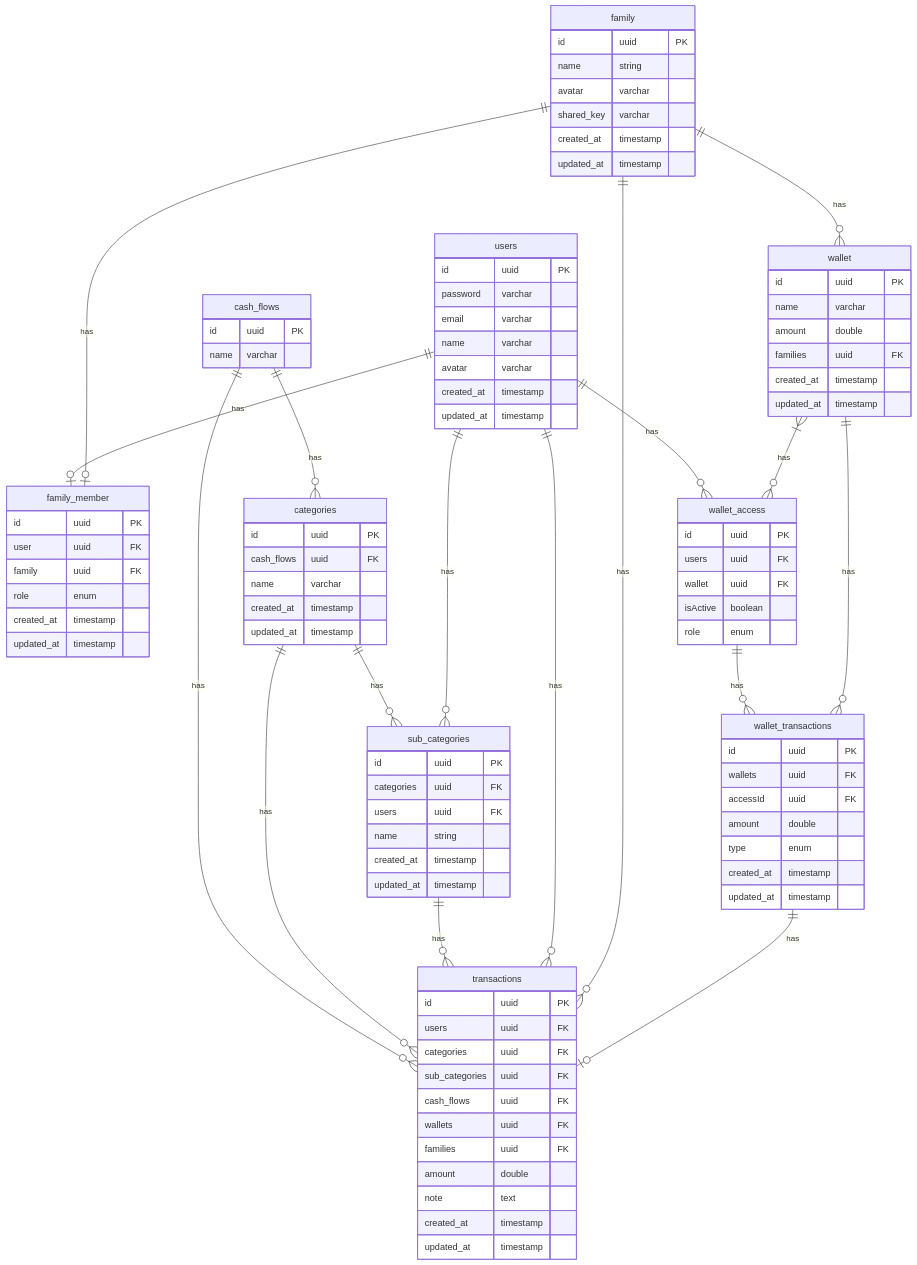
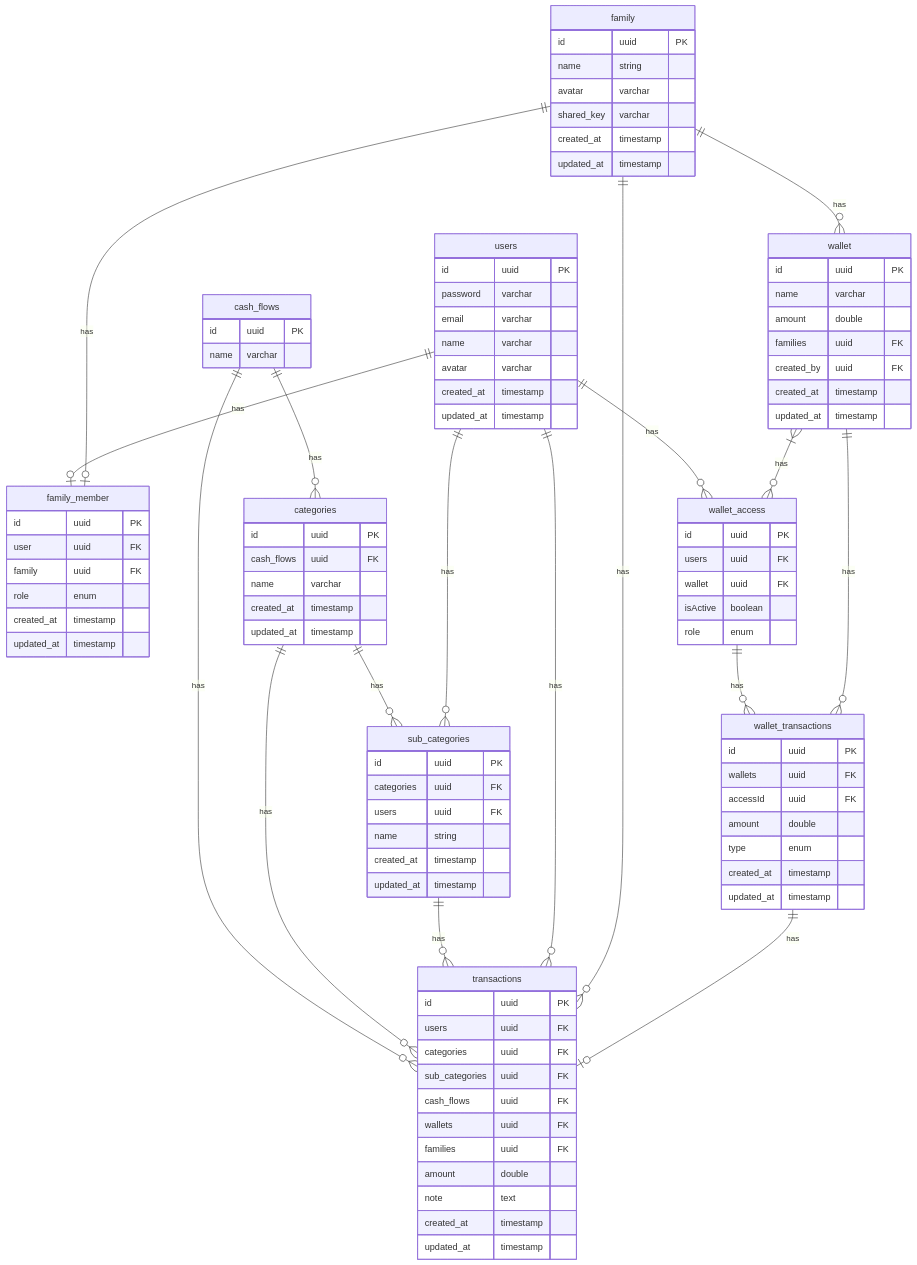
One commit to uangkuid/Uangku-BE changed the diagram in docs/erd.md. Above: the diagram before and after it, drawn with Mermaid. The commit also changed 5 other files, not shown here.

```diff
--- a/docs/erd.md
+++ b/docs/erd.md
@@ -70,6 +70,7 @@
         name varchar
         amount double
         families uuid FK
+        created_by uuid FK
         created_at timestamp
         updated_at timestamp
     }
```
